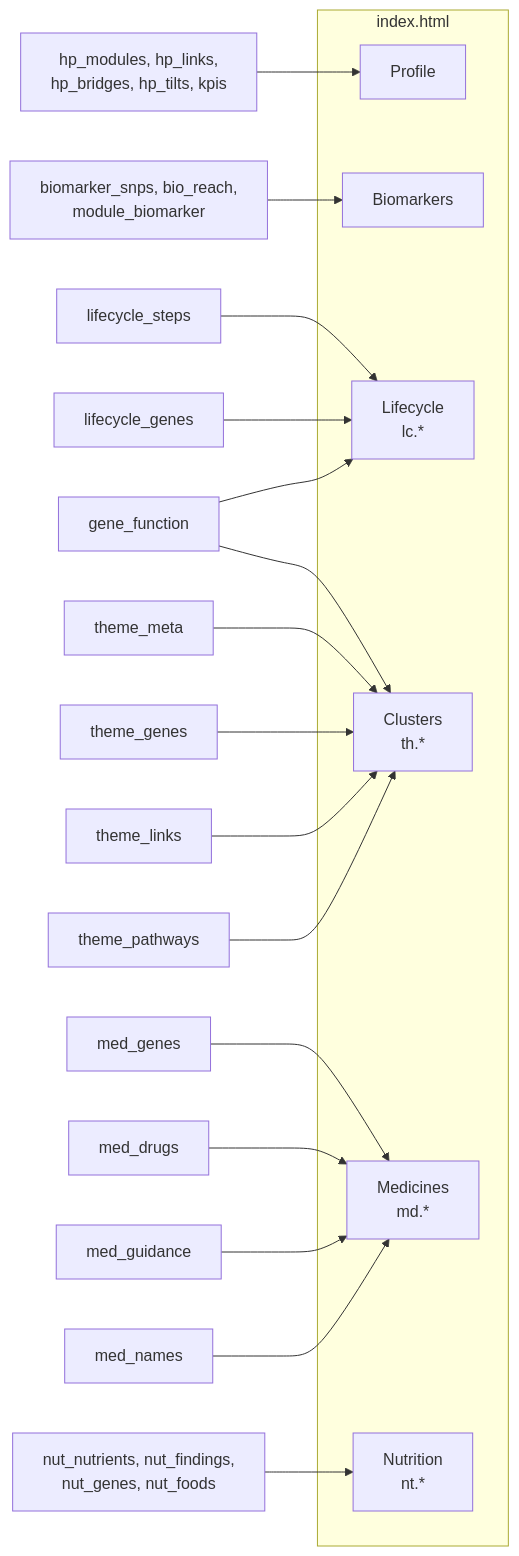
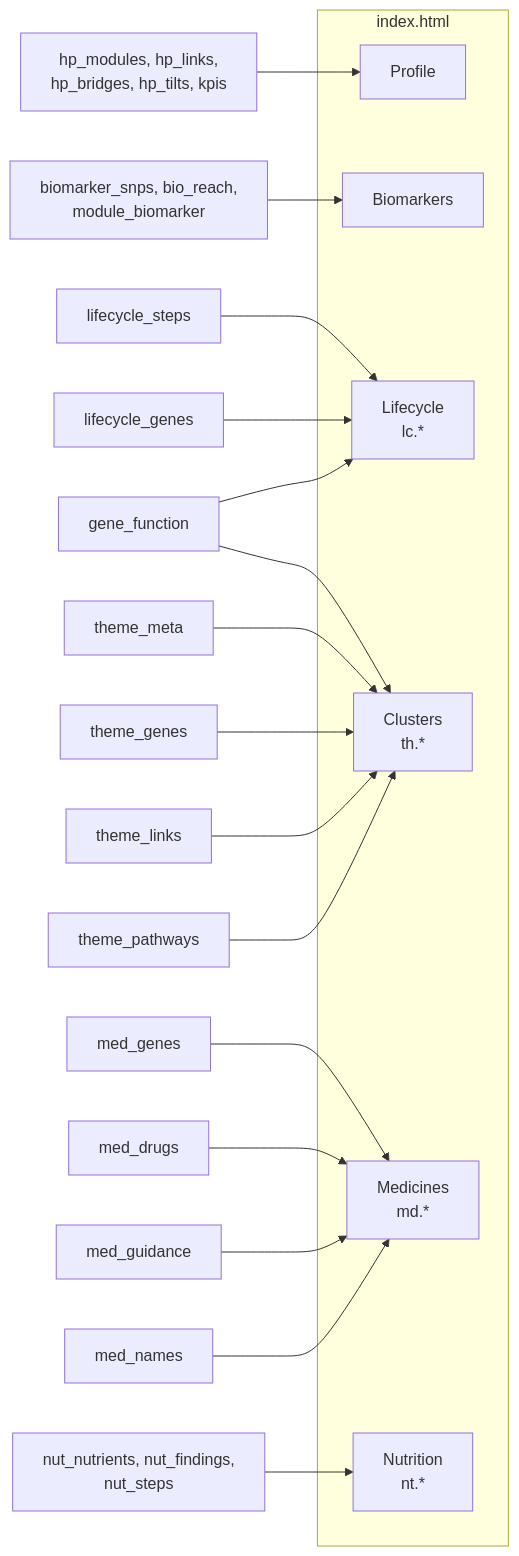
Before and after one commit to Lyceriuss/DNA-Analyzer: the first of 4 diagrams in docs/architecture/explorer.md, drawn with Mermaid. The commit also changed other lines of this file and 15 other files, not shown here.

````diff
--- a/docs/architecture/explorer.md
+++ b/docs/architecture/explorer.md
@@ -8,26 +8,26 @@
 ```mermaid
 flowchart LR
     subgraph PAGE["index.html"]
         P["Profile"]
         B["Biomarkers"]
         L["Lifecycle<br/>lc.*"]
         C["Clusters<br/>th.*"]
         M["Medicines<br/>md.*"]
         N["Nutrition<br/>nt.*"]
     end
     HM["hp_modules, hp_links,<br/>hp_bridges, hp_tilts, kpis"] --> P
     BS["biomarker_snps, bio_reach,<br/>module_biomarker"] --> B
     LS["lifecycle_steps"] --> L
     LG["lifecycle_genes"] --> L
     GF["gene_function"] --> L
     GF --> C
     TM["theme_meta"] --> C
     TG["theme_genes"] --> C
     TL["theme_links"] --> C
     TP["theme_pathways"] --> C
     MG["med_genes"] --> M
     MD["med_drugs"] --> M
     MGU["med_guidance"] --> M
     MN["med_names"] --> M
-    NN["nut_nutrients, nut_findings,<br/>nut_genes, nut_foods"] --> N
+    NN["nut_nutrients, nut_findings,<br/>nut_steps"] --> N
 ```
````
